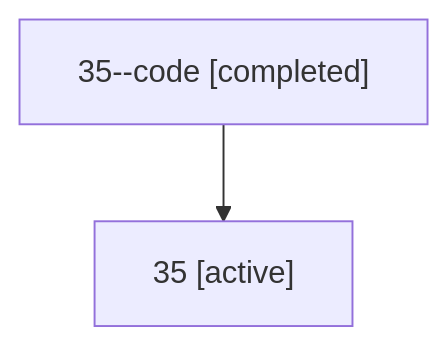
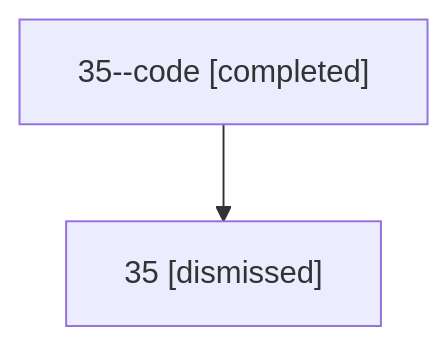
Before and after one commit to sase-org/sase--agents: the diagram in sessions/bbugyi200.athena.35.md, drawn with Mermaid. The commit also changed other lines of this file and 26 other files, not shown here.

````diff
--- a/sessions/bbugyi200.athena.35.md
+++ b/sessions/bbugyi200.athena.35.md
@@ -9,6 +9,6 @@
 ```mermaid
 flowchart TD
   n0["35--code [completed]"]
-  n1["35 [active]"]
+  n1["35 [dismissed]"]
   n0 --> n1
 ```
````
